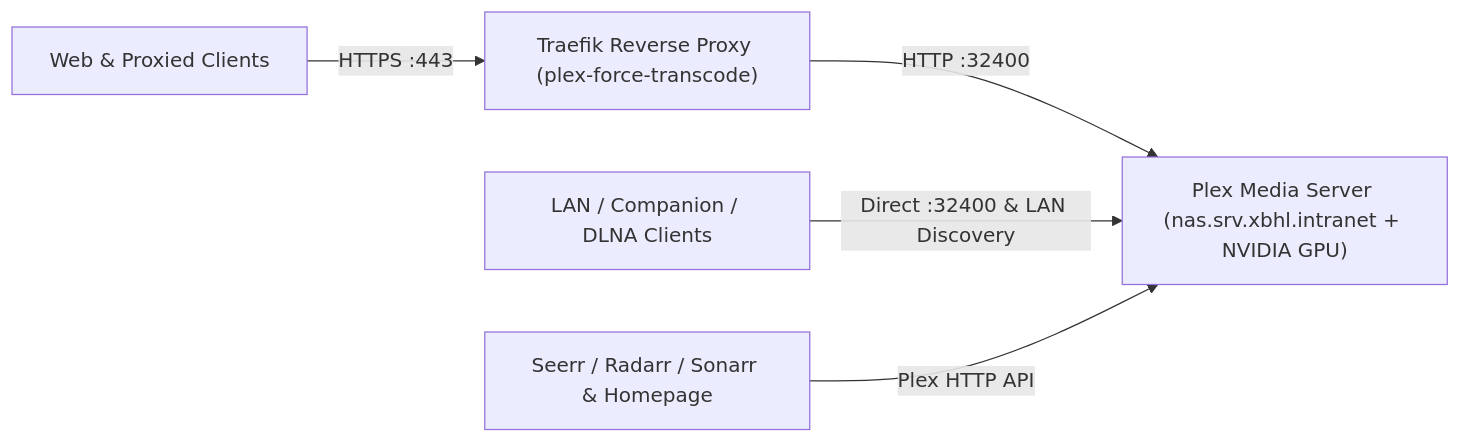
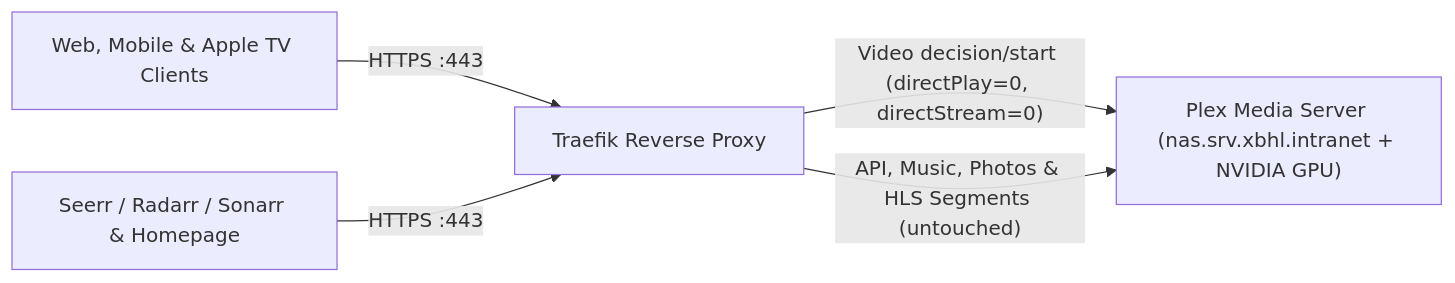
One commit to lbarczynski-home-lab/plex changed the diagram in README.md. Above: the diagram before and after it, drawn with Mermaid. The commit also changed other lines of this file and 1 other file, not shown here.

Commit message:
fix(plex): close direct LAN ports and enforce video transcoding via Traefik

````diff
--- a/README.md
+++ b/README.md
@@ -19,7 +19,7 @@
 ```mermaid
 flowchart LR
-    Remote["Web & Proxied Clients"] -->|"HTTPS :443"| Traefik["Traefik Reverse Proxy (plex-force-transcode)"]
-    Traefik -->|"HTTP :32400"| Plex["Plex Media Server (nas.srv.xbhl.intranet + NVIDIA GPU)"]
-    LAN["LAN / Companion / DLNA Clients"] -->|"Direct :32400 & LAN Discovery"| Plex
-    Ecosystem["Seerr / Radarr / Sonarr & Homepage"] -->|"Plex HTTP API"| Plex
+    Clients["Web, Mobile & Apple TV Clients"] -->|"HTTPS :443"| Traefik["Traefik Reverse Proxy"]
+    Ecosystem["Seerr / Radarr / Sonarr & Homepage"] -->|"HTTPS :443"| Traefik
+    Traefik -->|"Video decision/start (directPlay=0, directStream=0)"| Plex["Plex Media Server (nas.srv.xbhl.intranet + NVIDIA GPU)"]
+    Traefik -->|"API, Music, Photos & HLS Segments (untouched)"| Plex
 ```
````
